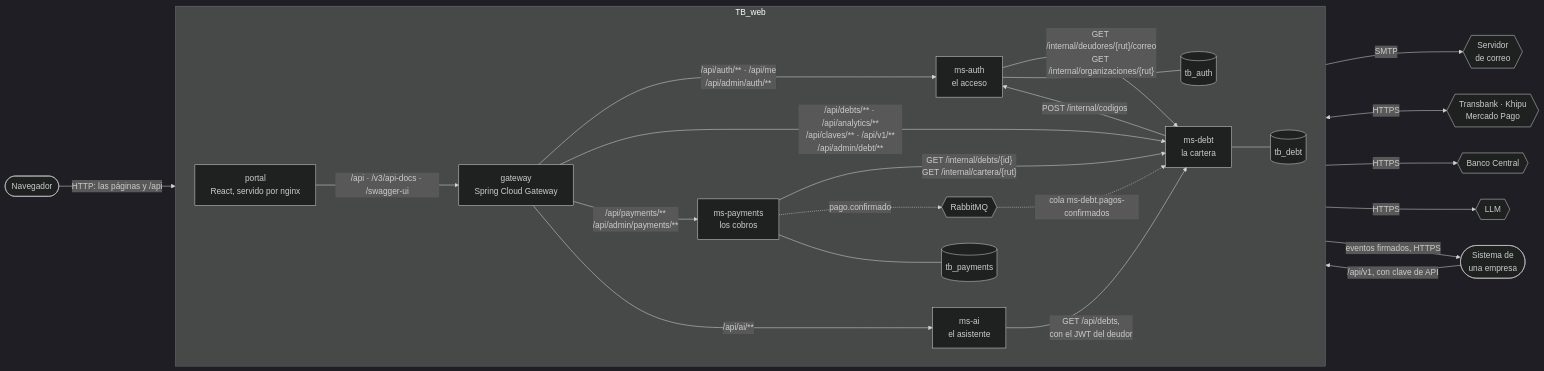
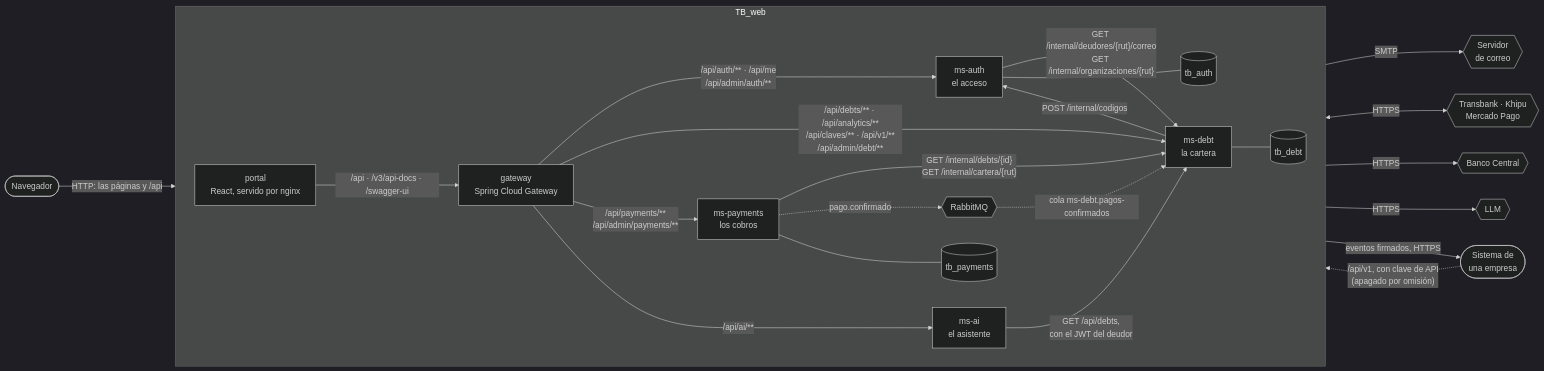
The first of 8 diagrams in docs/diagramas/componentes.md (TechnicalBridge/DataBridge), drawn with Mermaid (dark theme) before and after one commit. The commit also changed other lines of this file and 25 other files, not shown here.

First line of the commit message:
feat(portal, ms-debt): Sin claves de API: los deudores entran solo por campaña

````diff
--- a/docs/diagramas/componentes.md
+++ b/docs/diagramas/componentes.md
@@ -20,50 +20,50 @@
 ```mermaid
 flowchart LR
     NAV(["Navegador"])
     SIS(["Sistema de<br/>una empresa"])
 
     subgraph TBW["TB_web"]
         direction LR
         POR["portal<br/>React, servido por nginx"]
         GW["gateway<br/>Spring Cloud Gateway"]
         AUTH["ms-auth<br/>el acceso"]
         DEBT["ms-debt<br/>la cartera"]
         PAY["ms-payments<br/>los cobros"]
         AI["ms-ai<br/>el asistente"]
         DBA[("tb_auth")]
         DBD[("tb_debt")]
         DBP[("tb_payments")]
         MQ{{"RabbitMQ"}}
     end
 
     SMTP{{"Servidor<br/>de correo"}}
     PAS{{"Transbank · Khipu<br/>Mercado Pago"}}
     BCC{{"Banco Central"}}
     LLM{{"LLM"}}
 
     NAV -->|"HTTP: las páginas y /api"| POR
-    SIS -->|"/api/v1, con clave de API"| POR
+    SIS -.->|"/api/v1, con clave de API<br/>(apagado por omisión)"| POR
     POR -->|"/api · /v3/api-docs · /swagger-ui"| GW
 
     GW -->|"/api/auth/** · /api/me<br/>/api/admin/auth/**"| AUTH
     GW -->|"/api/debts/** · /api/analytics/**<br/>/api/claves/** · /api/v1/**<br/>/api/admin/debt/**"| DEBT
     GW -->|"/api/payments/**<br/>/api/admin/payments/**"| PAY
     GW -->|"/api/ai/**"| AI
 
     DEBT -->|"POST /internal/codigos"| AUTH
     AUTH -->|"GET /internal/deudores/{rut}/correo<br/>GET /internal/organizaciones/{rut}"| DEBT
     PAY -->|"GET /internal/debts/{id}<br/>GET /internal/cartera/{rut}"| DEBT
     PAY -.->|"pago.confirmado"| MQ
     MQ -.->|"cola ms-debt.pagos-confirmados"| DEBT
     AI -->|"GET /api/debts,<br/>con el JWT del deudor"| DEBT
 
     AUTH --- DBA
     DEBT --- DBD
     PAY --- DBP
 
     AUTH -->|"SMTP"| SMTP
     PAY <-->|"HTTPS"| PAS
     PAY -->|"HTTPS"| BCC
     AI -->|"HTTPS"| LLM
     DEBT -->|"eventos firmados, HTTPS"| SIS
 ```
````
